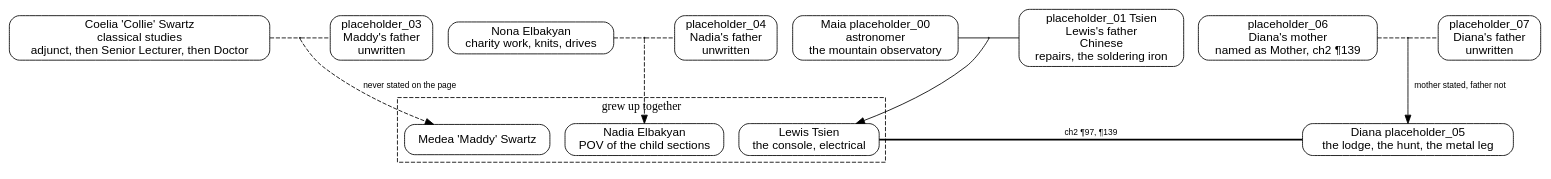
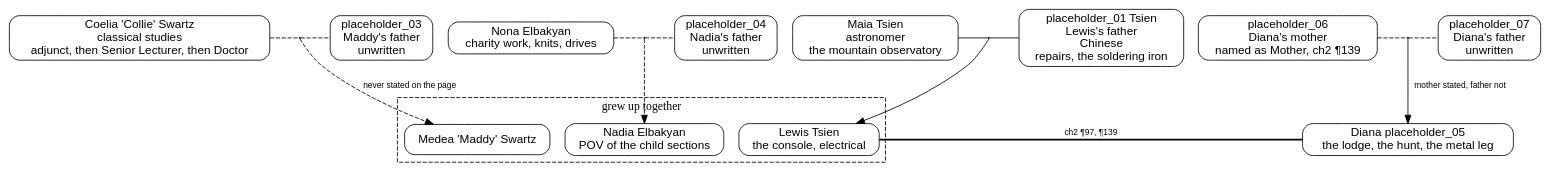
The diagram in canon/pedigree.dot (terraceonhigh/fiatLux), drawn with Graphviz before and after one commit. The commit also changed 1 other file, not shown here.

Commit message:
Give Maia her husband's name, and redraw the tree
Fortification bylines the dandelion noodle recipe to Maia Tsien, so
placeholder_00 is settled by the prose rather than by decision. Struck in
the table, written out in the graph beside her son, and the knock-on
clause at the parentage edge dropped — Diana's mother is still nameless,
but she is no longer nameless "exactly as Maia's surname is."

```diff
--- a/canon/pedigree.dot
+++ b/canon/pedigree.dot
@@ -1,62 +1,62 @@
 // Pedigree — chapters one and two. Each couple flanks a union point (marriage/pairing bar);
 // the child hangs off that point, genogram-style, instead of two parents fanning in.
 // Solid = stated in the prose. Dashed = implied and never written on the page.
 // Bold, no arrowhead = a romance the prose states outright, short of marriage.
 // Diana's household enters in chapter two and descends from none of the three women.
 digraph pedigree {
     rankdir=TB;
     node [shape=box, style=rounded, fontname="Helvetica"];
     edge [fontname="Helvetica", fontsize=10];
 
     // Declaration order sets left-to-right position on the rank, so it is the
     // layout: the two flatmate households whose children stayed in the flat,
     // then Lewis's, then Diana's — the outsider — at the far end, next to his.
     Collie      [label="Coelia 'Collie' Swartz\nclassical studies\nadjunct, then Senior Lecturer, then Doctor"];
     MaddyFather [label="placeholder_03\nMaddy's father\nunwritten"];
     Nona        [label="Nona Elbakyan\ncharity work, knits, drives"];
     NadiaFather [label="placeholder_04\nNadia's father\nunwritten"];
-    Maia        [label="Maia placeholder_00\nastronomer\nthe mountain observatory"];
+    Maia        [label="Maia Tsien\nastronomer\nthe mountain observatory"];
     Husband     [label="placeholder_01 Tsien\nLewis's father\nChinese\nrepairs, the soldering iron"];
     DianaMother [label="placeholder_06\nDiana's mother\nnamed as Mother, ch2 ¶139"];
     DianaFather [label="placeholder_07\nDiana's father\nunwritten"];
 
     node [shape=point, width=0.02, label=""];
     u_maddy; u_nadia; u_lewis; u_diana;
 
     // Membership only — dot orders this row by declaration order above, not by
     // the order listed here.
     { rank=same; Collie; u_maddy; MaddyFather; Nona; u_nadia; NadiaFather; Maia; u_lewis; Husband; DianaMother; u_diana; DianaFather; }
 
     Maia   -> u_lewis     [dir=none];
     u_lewis -> Husband    [dir=none];
 
     Collie -> u_maddy     [dir=none, style=dashed];
     u_maddy -> MaddyFather [dir=none, style=dashed];
 
     Nona   -> u_nadia     [dir=none, style=dashed];
     u_nadia -> NadiaFather [dir=none, style=dashed];
 
     DianaMother -> u_diana [dir=none, style=dashed];
     u_diana -> DianaFather [dir=none, style=dashed];
 
     node [shape=box, style=rounded];
 
     // Outside the cluster on purpose — Diana did not grow up in the flat.
     // Declared before it so she lands beside Lewis rather than past Nadia.
     Diana [label="Diana placeholder_05\nthe lodge, the hunt, the metal leg"];
 
     subgraph cluster_kids {
         label="grew up together";
         style=dashed;
         Lewis [label="Lewis Tsien\nthe console, electrical"];
         Medea [label="Medea 'Maddy' Swartz"];
         Nadia [label="Nadia Elbakyan\nPOV of the child sections"];
     }
 
     u_lewis -> Lewis;
     u_maddy -> Medea [style=dashed, label="never stated on the page"];
     u_nadia -> Nadia [style=dashed];
     u_diana -> Diana [label="mother stated, father not"];
 
     Lewis -> Diana [dir=none, style=bold, constraint=false, label="ch2 ¶97, ¶139"];
 }
```
